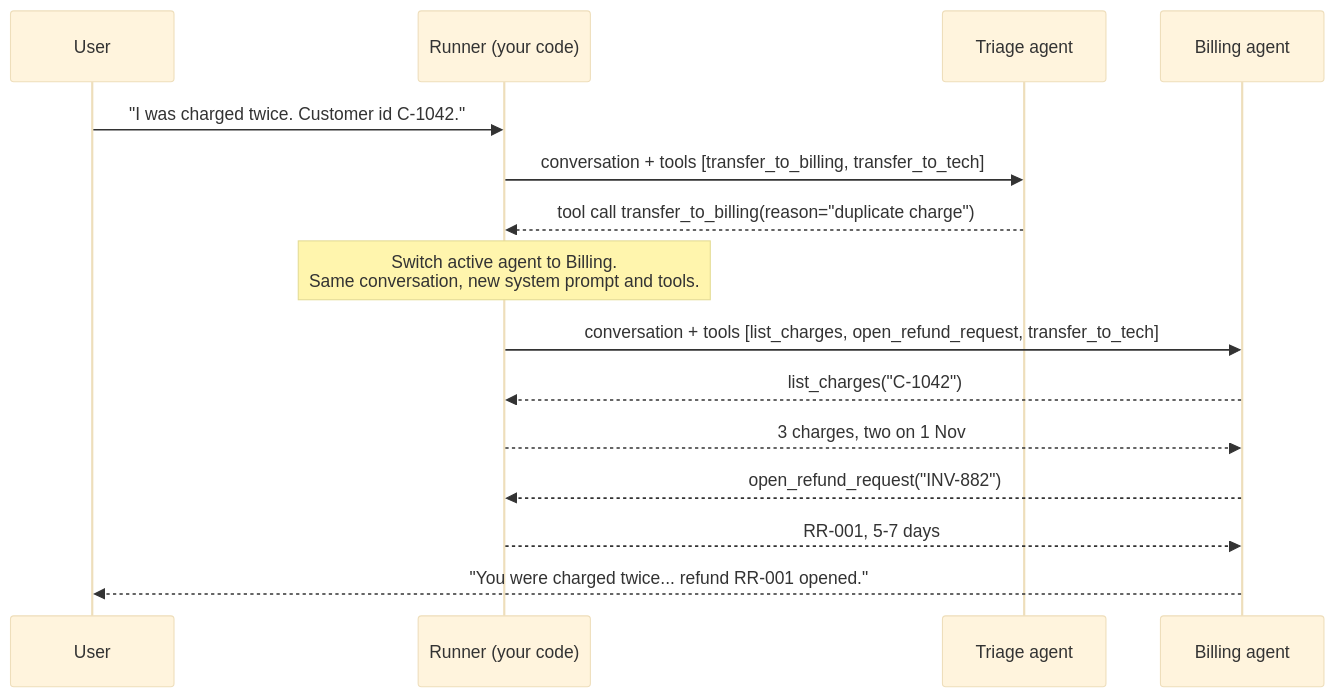
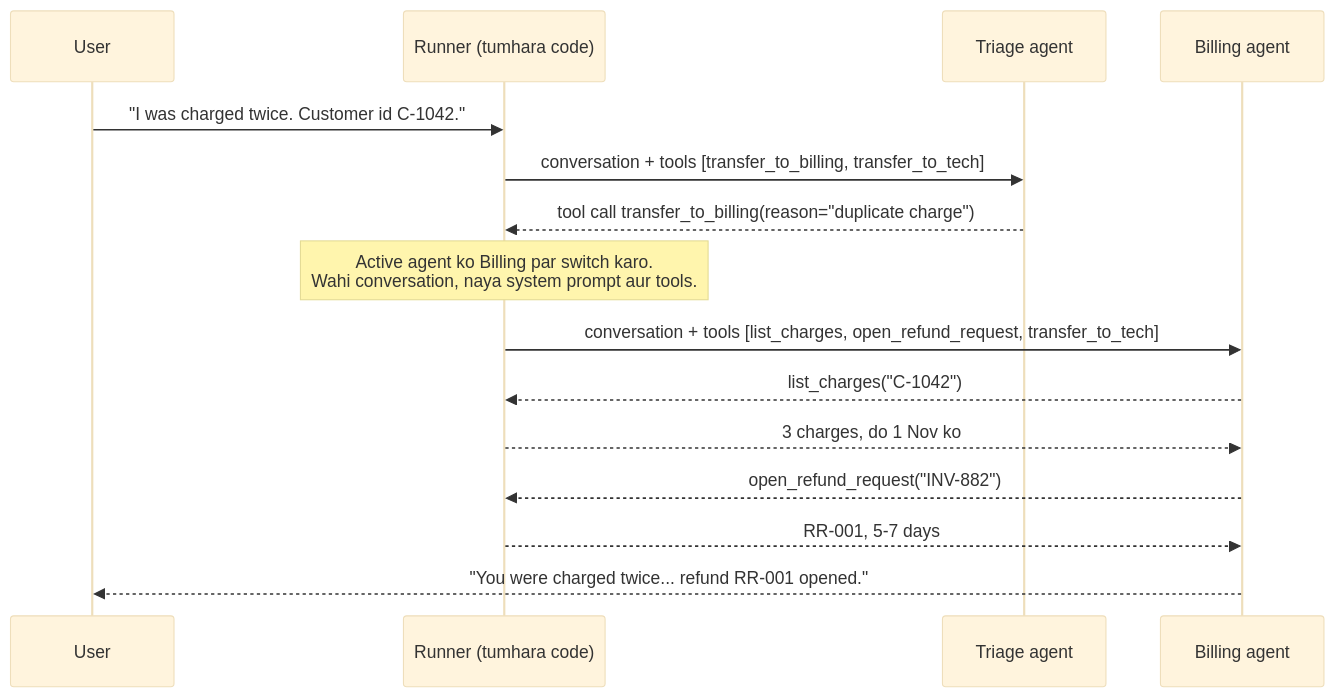
One commit to asmustechno/agentic-ai-notes changed the first of 2 diagrams in docs/10-multi-agent-systems/10.3-peer-to-peer-and-handoffs.md. Above: the diagram before and after it, drawn with Mermaid (base theme). The commit also changed other lines of this file and 135 other files, not shown here.

````diff
--- a/docs/10-multi-agent-systems/10.3-peer-to-peer-and-handoffs.md
+++ b/docs/10-multi-agent-systems/10.3-peer-to-peer-and-handoffs.md
@@ -46,17 +46,17 @@
 ```mermaid
 sequenceDiagram
     participant U as User
-    participant R as Runner (your code)
+    participant R as Runner (tumhara code)
     participant T as Triage agent
     participant B as Billing agent
     U->>R: "I was charged twice. Customer id C-1042."
     R->>T: conversation + tools [transfer_to_billing, transfer_to_tech]
     T-->>R: tool call transfer_to_billing(reason="duplicate charge")
-    Note over R: Switch active agent to Billing.<br/>Same conversation, new system prompt and tools.
+    Note over R: Active agent ko Billing par switch karo.<br/>Wahi conversation, naya system prompt aur tools.
     R->>B: conversation + tools [list_charges, open_refund_request, transfer_to_tech]
     B-->>R: list_charges("C-1042")
-    R-->>B: 3 charges, two on 1 Nov
+    R-->>B: 3 charges, do 1 Nov ko
     B-->>R: open_refund_request("INV-882")
     R-->>B: RR-001, 5-7 days
     B-->>U: "You were charged twice... refund RR-001 opened."
 ```
````
